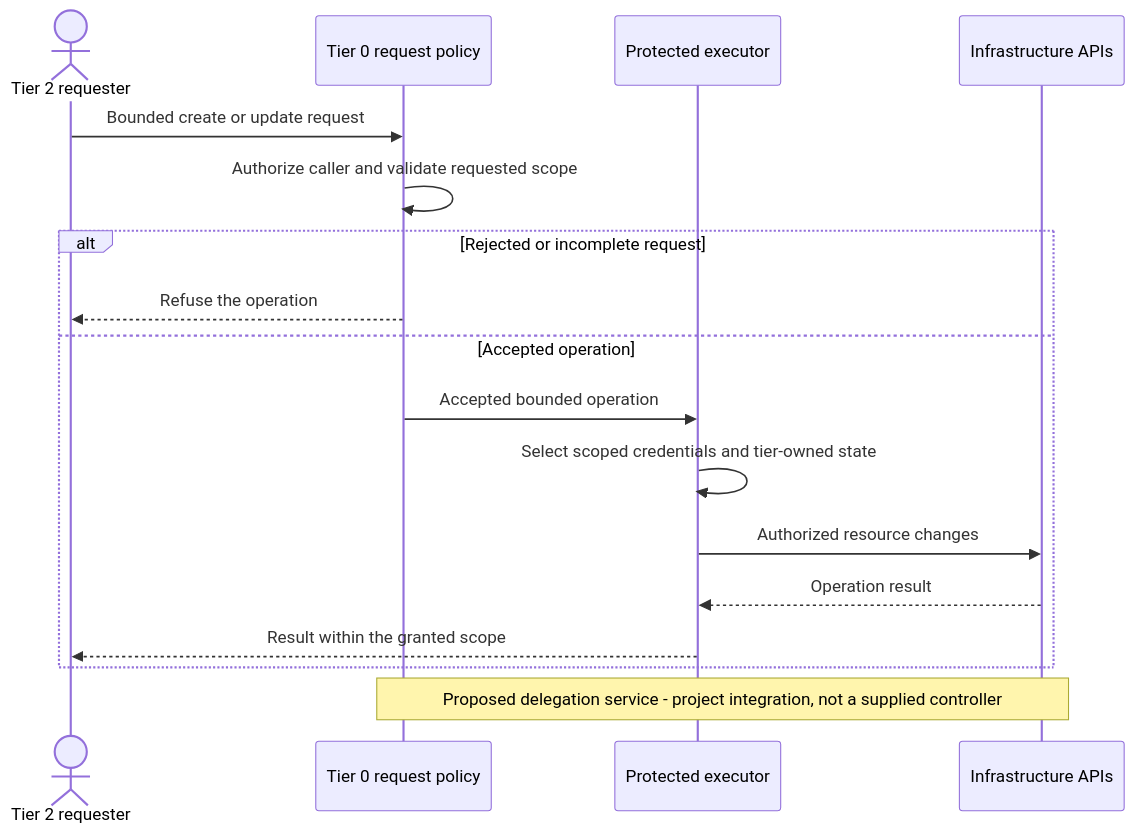
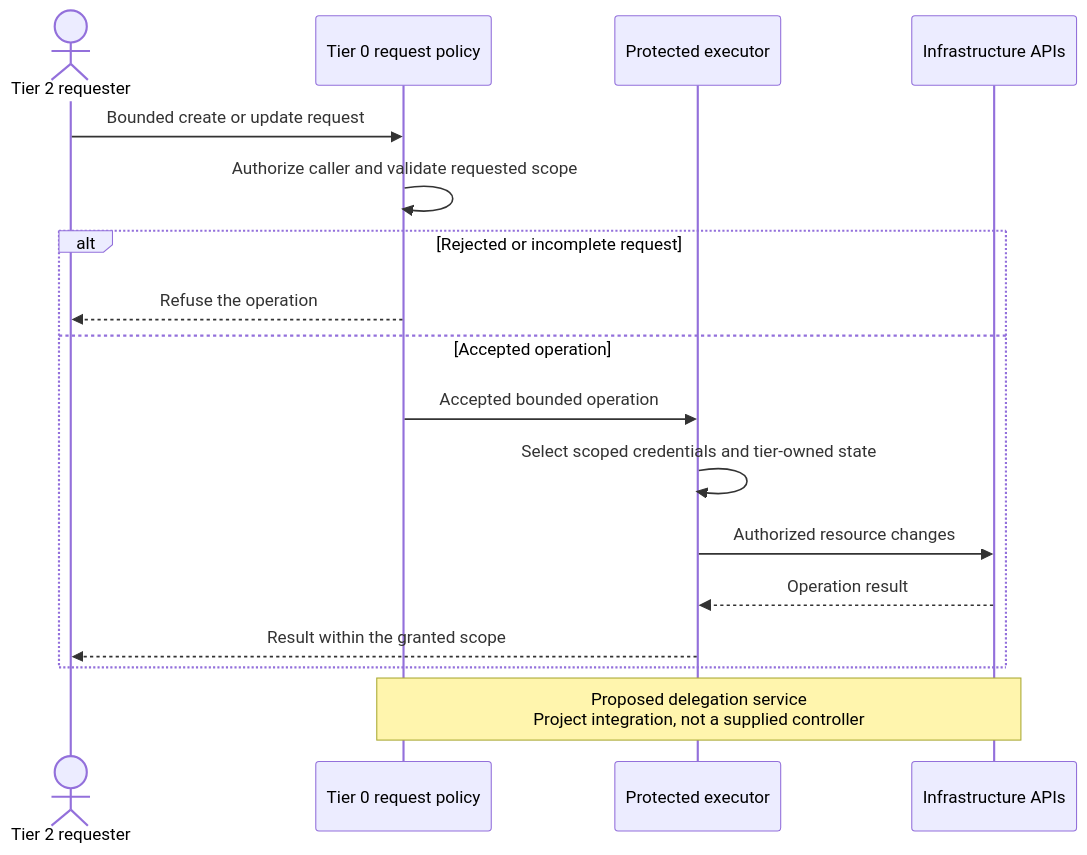
The second of 2 diagrams in docs/01-architecture/04-hosting/02-provisioning.md (Rexus/homelab), drawn with Mermaid before and after one commit. The commit also changed 124 other files, not shown here.

First line of the commit message:
fix(platform): align service diagrams and directory failover

````diff
--- a/docs/01-architecture/04-hosting/02-provisioning.md
+++ b/docs/01-architecture/04-hosting/02-provisioning.md
@@ -87,19 +87,19 @@
 ```mermaid
 sequenceDiagram
   actor Request as Tier 2 requester
   participant Policy as Tier 0 request policy
   participant Execute as Protected executor
   participant Platform as Infrastructure APIs
   Request->>Policy: Bounded create or update request
   Policy->>Policy: Authorize caller and validate requested scope
   alt Rejected or incomplete request
     Policy-->>Request: Refuse the operation
   else Accepted operation
     Policy->>Execute: Accepted bounded operation
     Execute->>Execute: Select scoped credentials and tier-owned state
     Execute->>Platform: Authorized resource changes
     Platform-->>Execute: Operation result
     Execute-->>Request: Result within the granted scope
   end
-  Note over Policy,Platform: Proposed delegation service - project integration, not a supplied controller
+  Note over Policy,Platform: Proposed delegation service<br/>Project integration, not a supplied controller
 ```
````
